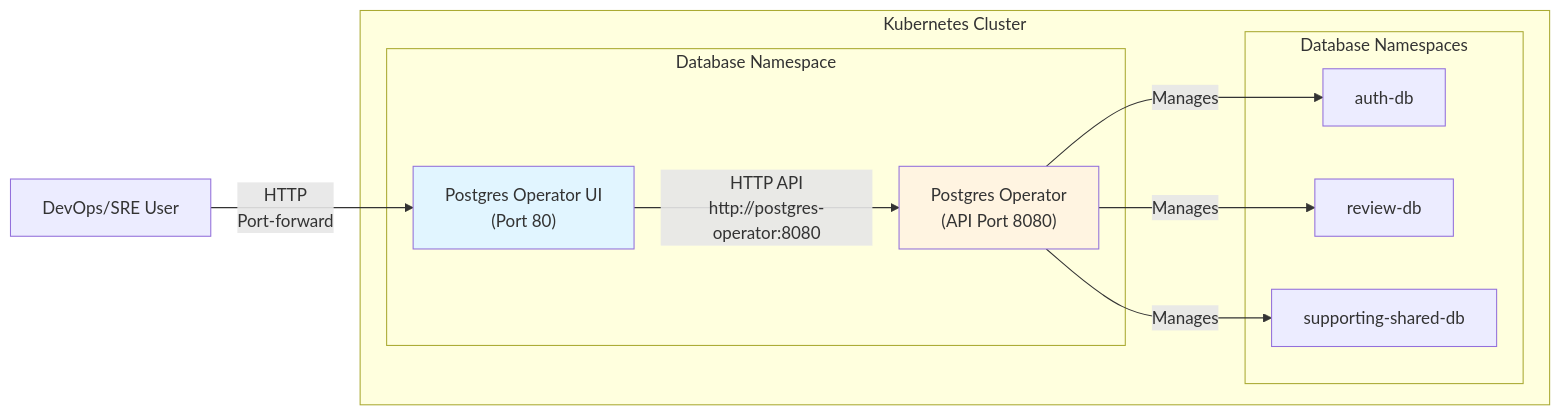
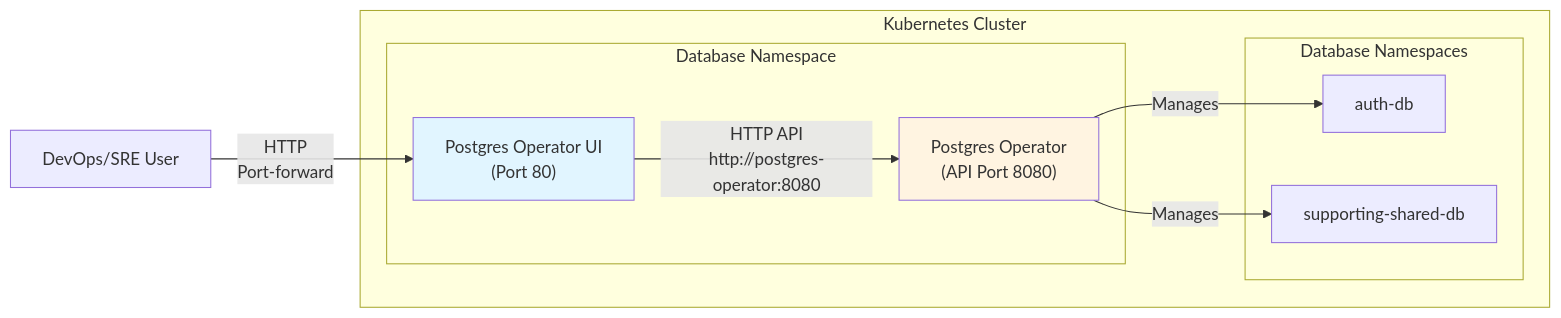
Before and after one commit to duynhlab/homelab: the second of 2 diagrams in docs/databases/database.md, drawn with Mermaid. The commit also changed other lines of this file and 12 other files, not shown here.

````diff
--- a/docs/databases/database.md
+++ b/docs/databases/database.md
@@ -702,24 +685,22 @@
 ```mermaid
 flowchart LR
     subgraph Kubernetes["Kubernetes Cluster"]
         subgraph DatabaseNS["Database Namespace"]
             UIPod["Postgres Operator UI<br/>(Port 80)"]
             OperatorPod["Postgres Operator<br/>(API Port 8080)"]
         end
         
         subgraph DBNamespaces["Database Namespaces"]
             AuthDB["auth-db"]
-            ReviewDB["review-db"]
             SupportingDB["supporting-shared-db"]
         end
     end
     
     User["DevOps/SRE User"] -->|"HTTP<br/>Port-forward"| UIPod
     UIPod -->|"HTTP API<br/>http://postgres-operator:8080"| OperatorPod
     OperatorPod -->|"Manages"| AuthDB
-    OperatorPod -->|"Manages"| ReviewDB
     OperatorPod -->|"Manages"| SupportingDB
     
     style UIPod fill:#e1f5ff
     style OperatorPod fill:#fff4e1
 ```
````
